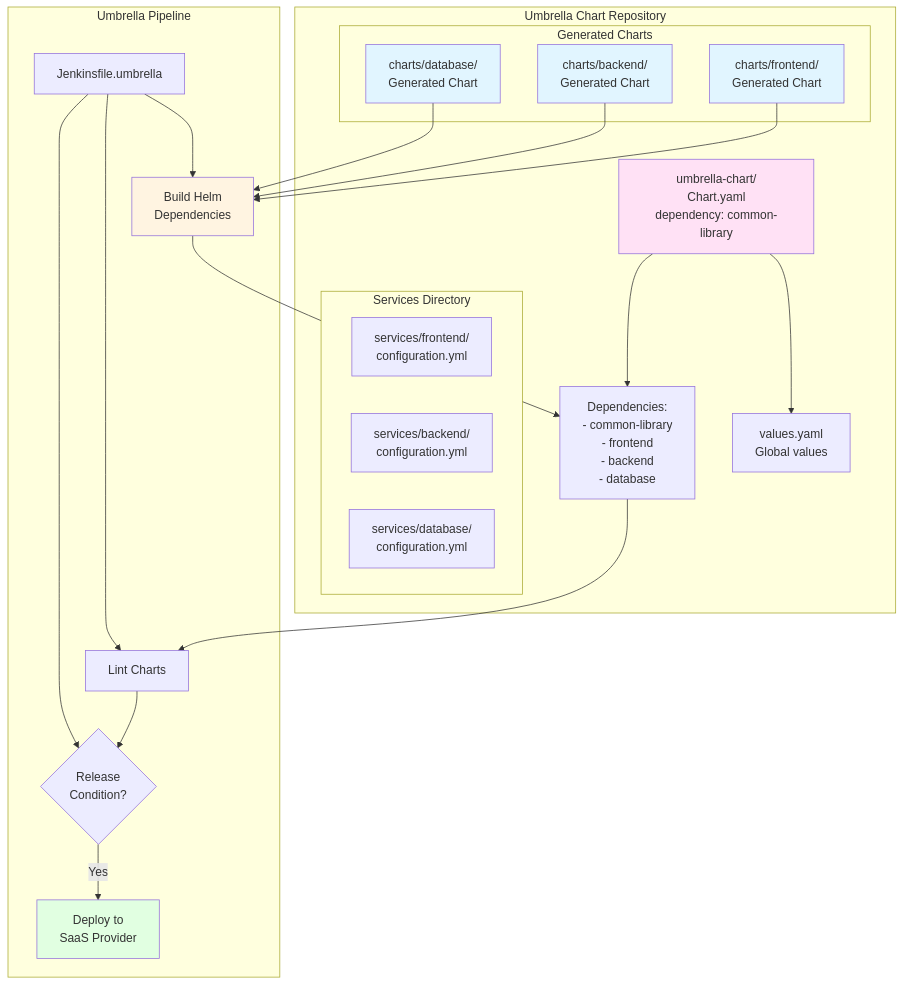
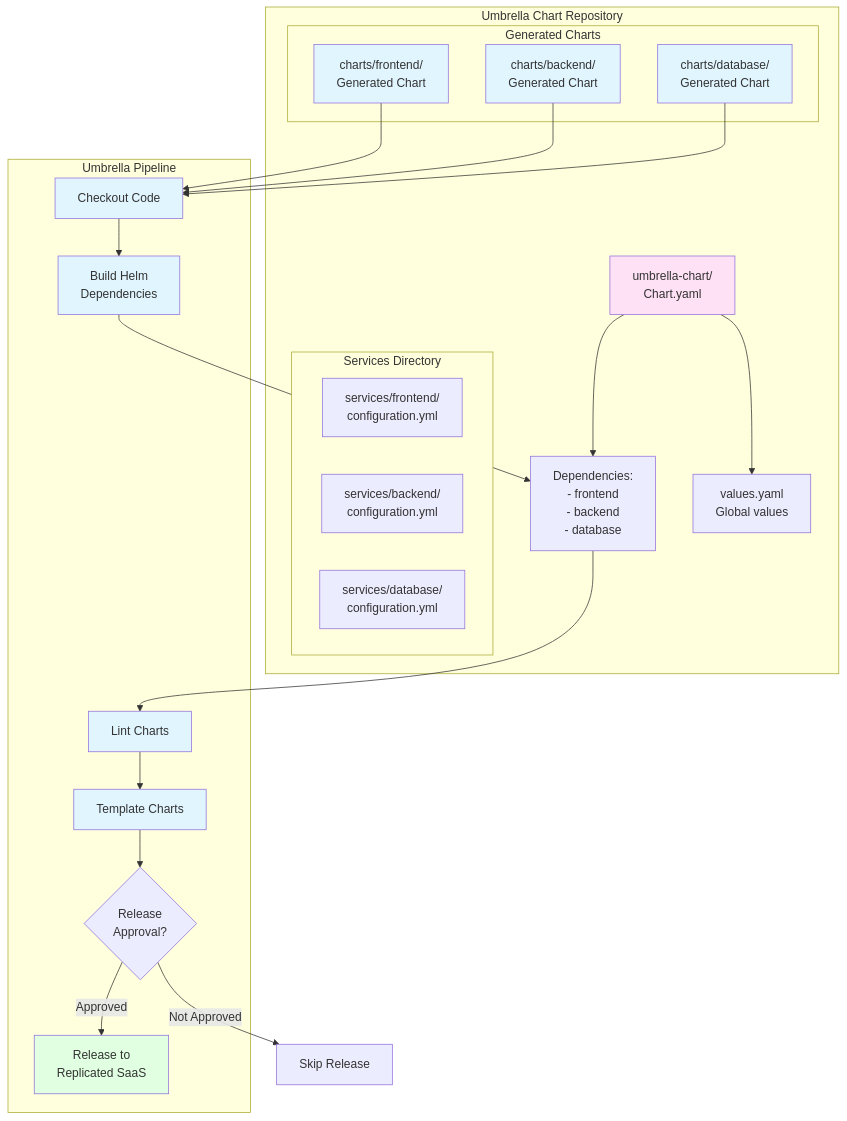
Before and after one commit to caretak3r/helm-factory: the seventh of 11 diagrams in ADR.md, drawn with Mermaid. The commit also changed other lines of this file, not shown here.

````diff
--- a/ADR.md
+++ b/ADR.md
@@ -680,48 +734,51 @@
 ```mermaid
 graph TB
     subgraph "Umbrella Chart Repository"
-        UC[umbrella-chart/<br/>Chart.yaml<br/>dependency: common-library]
-        UC --> DEPS[Dependencies:<br/>- common-library<br/>- frontend<br/>- backend<br/>- database]
+        UC[umbrella-chart/<br/>Chart.yaml]
+        UC --> DEPS[Dependencies:<br/>- frontend<br/>- backend<br/>- database]
         UC --> VALUES[values.yaml<br/>Global values]
         
         subgraph "Services Directory"
             FE_CFG[services/frontend/<br/>configuration.yml]
             BE_CFG[services/backend/<br/>configuration.yml]
             DB_CFG[services/database/<br/>configuration.yml]
         end
         
         subgraph "Generated Charts"
             FE_CHART[charts/frontend/<br/>Generated Chart]
             BE_CHART[charts/backend/<br/>Generated Chart]
             DB_CHART[charts/database/<br/>Generated Chart]
         end
     end
     
     subgraph "Umbrella Pipeline"
-        PIPELINE[Jenkinsfile.umbrella]
+        CHECKOUT[Checkout Code]
         BUILD_DEPS[Build Helm<br/>Dependencies]
         LINT[Lint Charts]
-        CONDITION{Release<br/>Condition?}
-        DEPLOY[Deploy to<br/>SaaS Provider]
+        TEMPLATE[Template Charts]
+        CONDITION{Release<br/>Approval?}
+        RELEASE[Release to<br/>Replicated SaaS]
     end
     
-    FE_CHART --> BUILD_DEPS
-    BE_CHART --> BUILD_DEPS
-    DB_CHART --> BUILD_DEPS
+    FE_CHART --> CHECKOUT
+    BE_CHART --> CHECKOUT
+    DB_CHART --> CHECKOUT
     
+    CHECKOUT --> BUILD_DEPS
     BUILD_DEPS --> DEPS
     DEPS --> LINT
-    LINT --> CONDITION
-    CONDITION -->|Yes| DEPLOY
-    
-    PIPELINE --> BUILD_DEPS
-    PIPELINE --> LINT
-    PIPELINE --> CONDITION
+    LINT --> TEMPLATE
+    TEMPLATE --> CONDITION
+    CONDITION -->|Approved| RELEASE
+    CONDITION -->|Not Approved| SKIP[Skip Release]
     
     style UC fill:#ffe1f5
-    style BUILD_DEPS fill:#fff4e1
+    style CHECKOUT fill:#e1f5ff
+    style BUILD_DEPS fill:#e1f5ff
+    style LINT fill:#e1f5ff
+    style TEMPLATE fill:#e1f5ff
     style FE_CHART fill:#e1f5ff
     style BE_CHART fill:#e1f5ff
     style DB_CHART fill:#e1f5ff
-    style DEPLOY fill:#e1ffe1
+    style RELEASE fill:#e1ffe1
 ```
````
